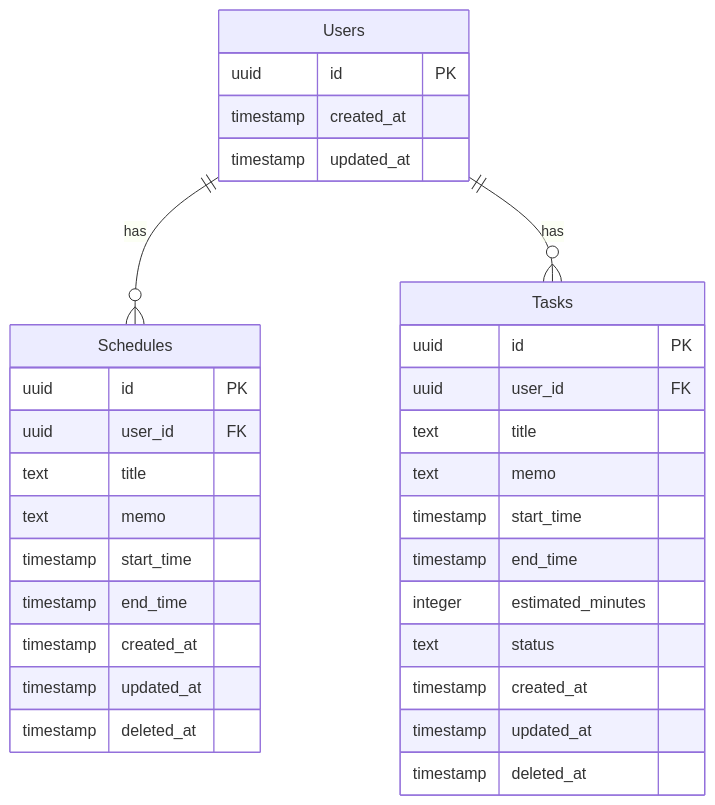
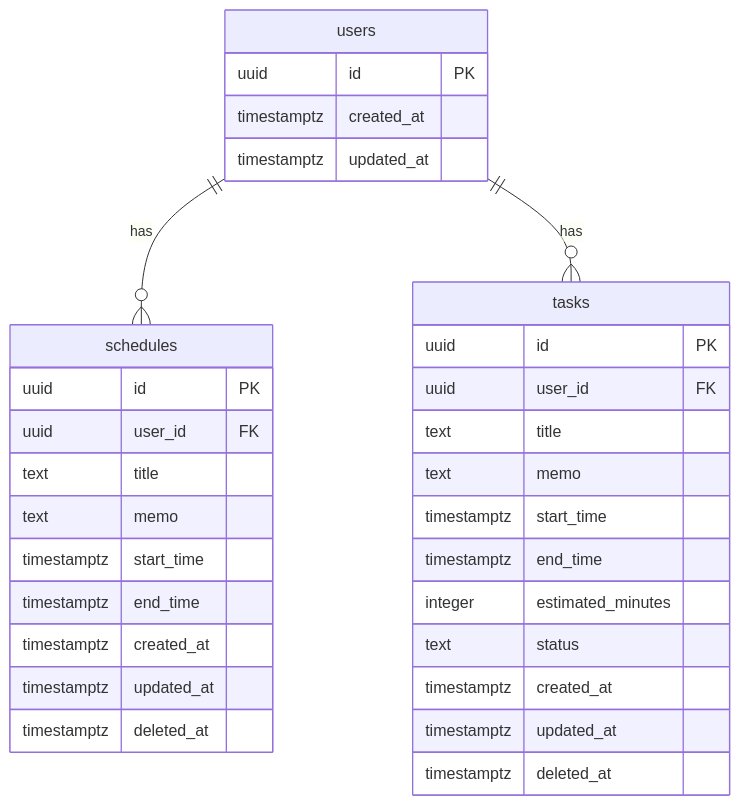
Before and after one commit to jino-code/timebox: the diagram in docs/erd.md, drawn with Mermaid. The commit also changed other lines of this file and 3 other files, not shown here.

````diff
--- a/docs/erd.md
+++ b/docs/erd.md
@@ -2,37 +2,37 @@
 ```mermaid
 erDiagram
-    Users {
+    users {
         uuid id PK
-        timestamp created_at
-        timestamp updated_at
+        timestamptz created_at
+        timestamptz updated_at
     }
 
-    Schedules {
+    schedules {
         uuid id PK
         uuid user_id FK
         text title
         text memo
-        timestamp start_time
-        timestamp end_time
-        timestamp created_at
-        timestamp updated_at
-        timestamp deleted_at
+        timestamptz start_time
+        timestamptz end_time
+        timestamptz created_at
+        timestamptz updated_at
+        timestamptz deleted_at
     }
 
-    Tasks {
+    tasks {
         uuid id PK
         uuid user_id FK
         text title
         text memo
-        timestamp start_time
-        timestamp end_time
+        timestamptz start_time
+        timestamptz end_time
         integer estimated_minutes
         text status
-        timestamp created_at
-        timestamp updated_at
-        timestamp deleted_at
+        timestamptz created_at
+        timestamptz updated_at
+        timestamptz deleted_at
     }
 
-    Users ||--o{ Schedules : "has"
-    Users ||--o{ Tasks : "has"
+    users ||--o{ schedules : "has"
+    users ||--o{ tasks : "has"
 ```
````
